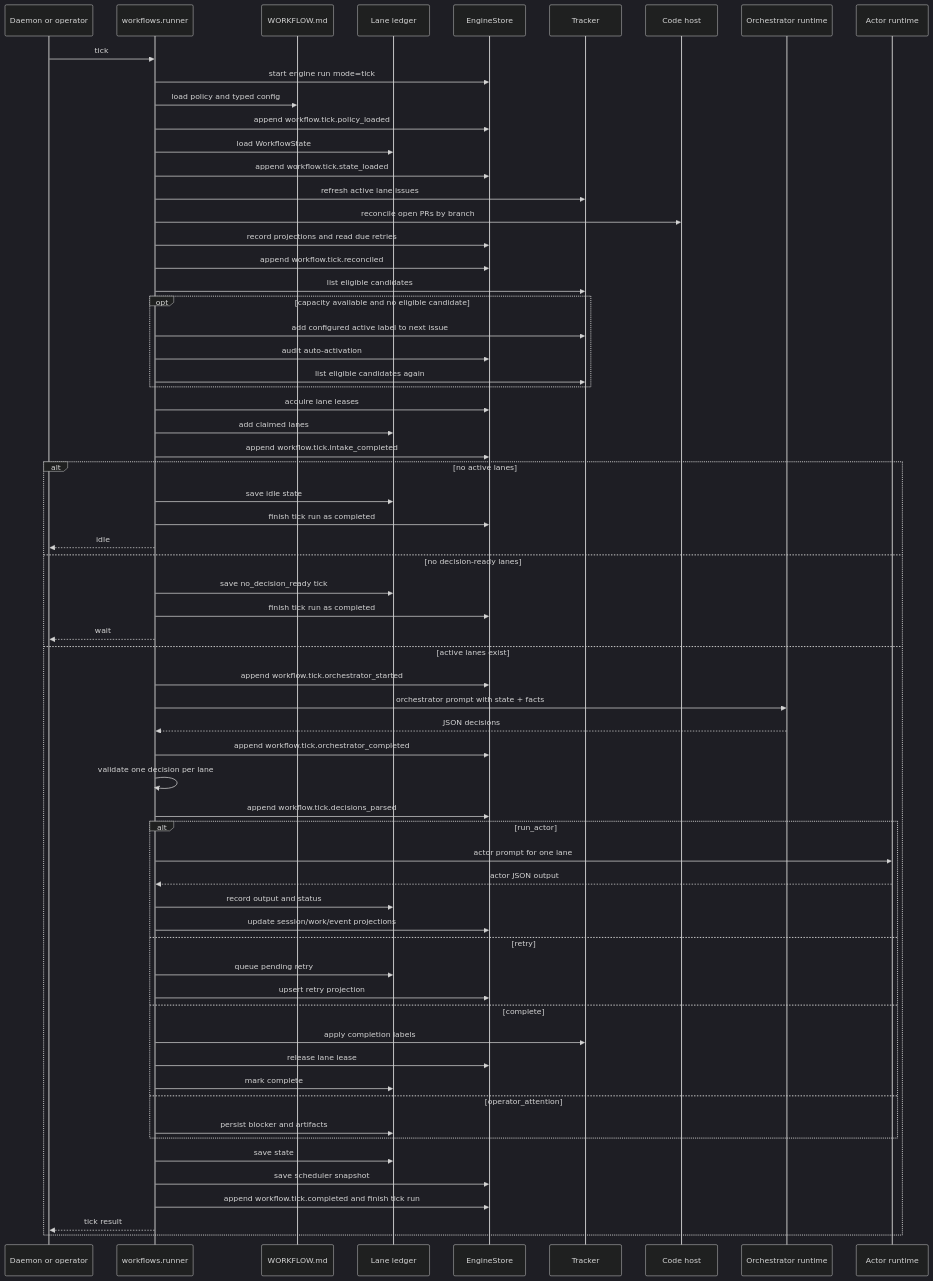
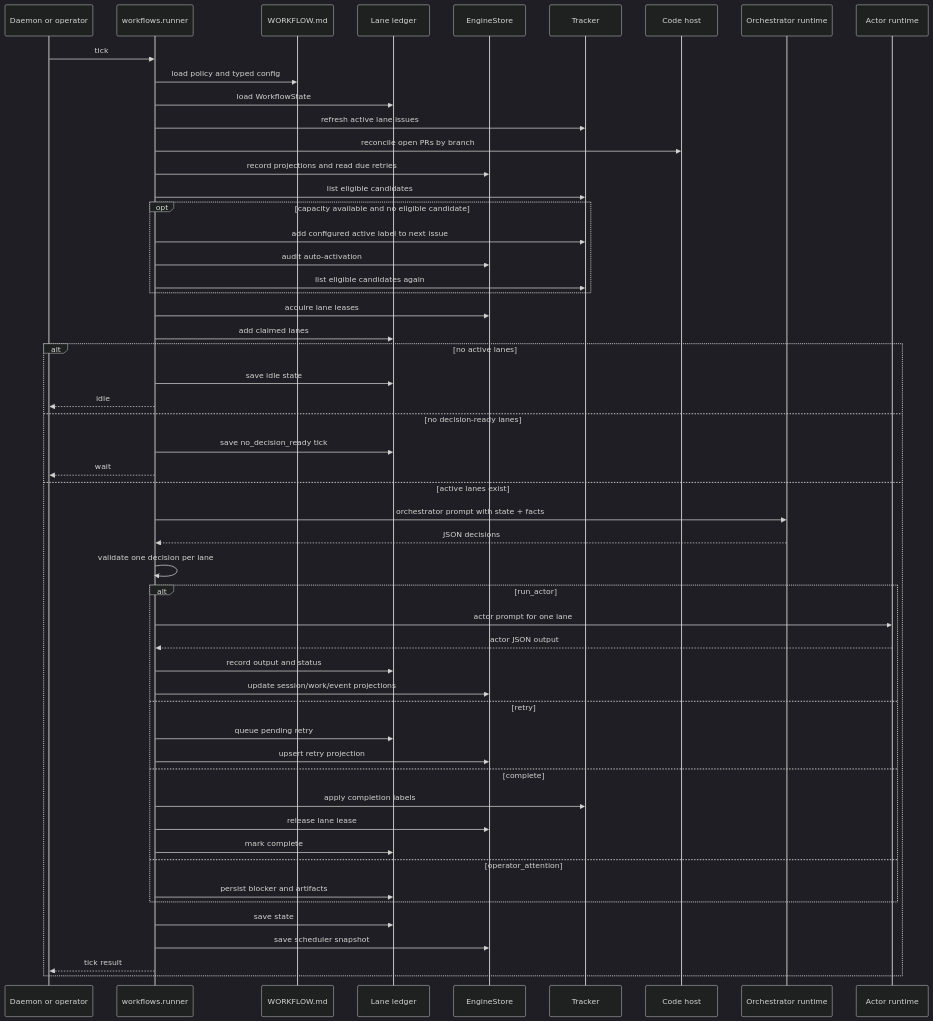
One commit to moustafattia/daedalus changed the third of 8 diagrams in docs/architecture.md. Above: the diagram before and after it, drawn with Mermaid (dark theme). The commit also changed other lines of this file and 195 other files, not shown here.

````diff
--- a/docs/architecture.md
+++ b/docs/architecture.md
@@ -269,67 +284,56 @@
 ```mermaid
 sequenceDiagram
     participant D as Daemon or operator
     participant R as workflows.runner
     participant C as WORKFLOW.md
     participant L as Lane ledger
     participant E as EngineStore
     participant T as Tracker
     participant H as Code host
     participant O as Orchestrator runtime
     participant A as Actor runtime
 
     D->>R: tick
-    R->>E: start engine run mode=tick
     R->>C: load policy and typed config
-    R->>E: append workflow.tick.policy_loaded
     R->>L: load WorkflowState
-    R->>E: append workflow.tick.state_loaded
     R->>T: refresh active lane issues
     R->>H: reconcile open PRs by branch
     R->>E: record projections and read due retries
-    R->>E: append workflow.tick.reconciled
     R->>T: list eligible candidates
     opt capacity available and no eligible candidate
         R->>T: add configured active label to next issue
         R->>E: audit auto-activation
         R->>T: list eligible candidates again
     end
     R->>E: acquire lane leases
     R->>L: add claimed lanes
-    R->>E: append workflow.tick.intake_completed
     alt no active lanes
         R->>L: save idle state
-        R->>E: finish tick run as completed
         R-->>D: idle
     else no decision-ready lanes
         R->>L: save no_decision_ready tick
-        R->>E: finish tick run as completed
         R-->>D: wait
     else active lanes exist
-        R->>E: append workflow.tick.orchestrator_started
         R->>O: orchestrator prompt with state + facts
         O-->>R: JSON decisions
-        R->>E: append workflow.tick.orchestrator_completed
         R->>R: validate one decision per lane
-        R->>E: append workflow.tick.decisions_parsed
         alt run_actor
             R->>A: actor prompt for one lane
             A-->>R: actor JSON output
             R->>L: record output and status
             R->>E: update session/work/event projections
         else retry
             R->>L: queue pending retry
             R->>E: upsert retry projection
         else complete
             R->>T: apply completion labels
             R->>E: release lane lease
             R->>L: mark complete
         else operator_attention
             R->>L: persist blocker and artifacts
         end
         R->>L: save state
         R->>E: save scheduler snapshot
-        R->>E: append workflow.tick.completed and finish tick run
         R-->>D: tick result
     end
 ```
````
